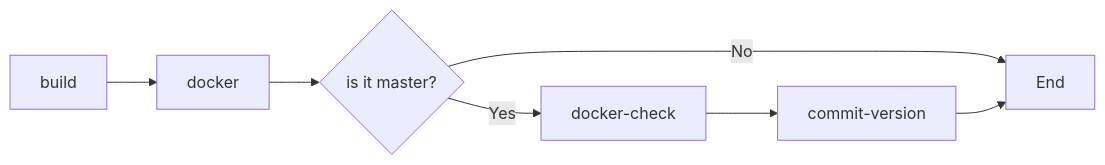
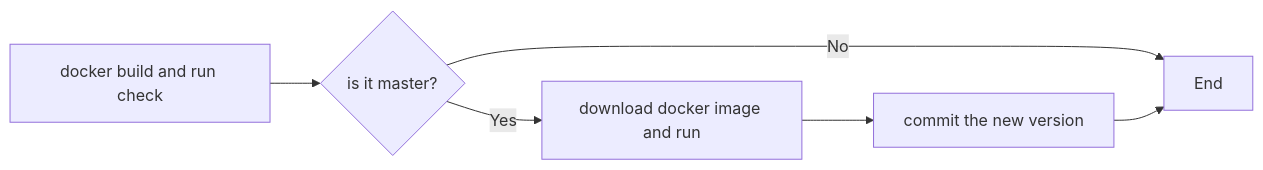
One commit to AmitHauzer/gradle-hello-world-amit changed the diagram in README.md. Above: the diagram before and after it, drawn with Mermaid. The commit also changed other lines of this file, not shown here.

````diff
--- a/README.md
+++ b/README.md
@@ -24,6 +24,5 @@
 ```mermaid
 graph LR;
-    build-->docker;
-    q{is it master?} --> |No| End;
-    docker-->q{is it master?} --> |Yes| docker-check --> commit-version --> End;
+    a[docker build and run check]--> q{is it master?} --> |No| End;
+    q{is it master?} --> |Yes| b[download docker image and run] --> c[commit the new version] --> End;
 ```
````
